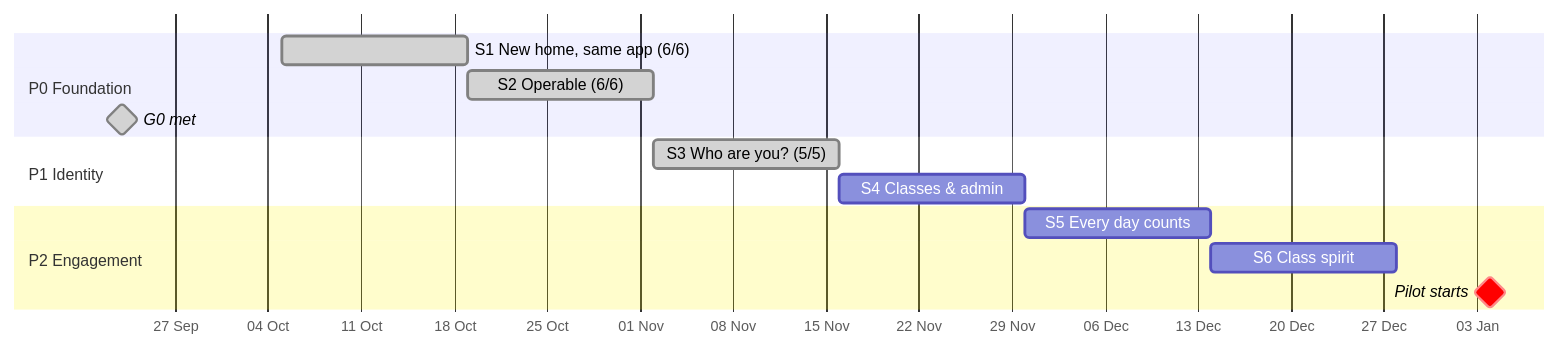
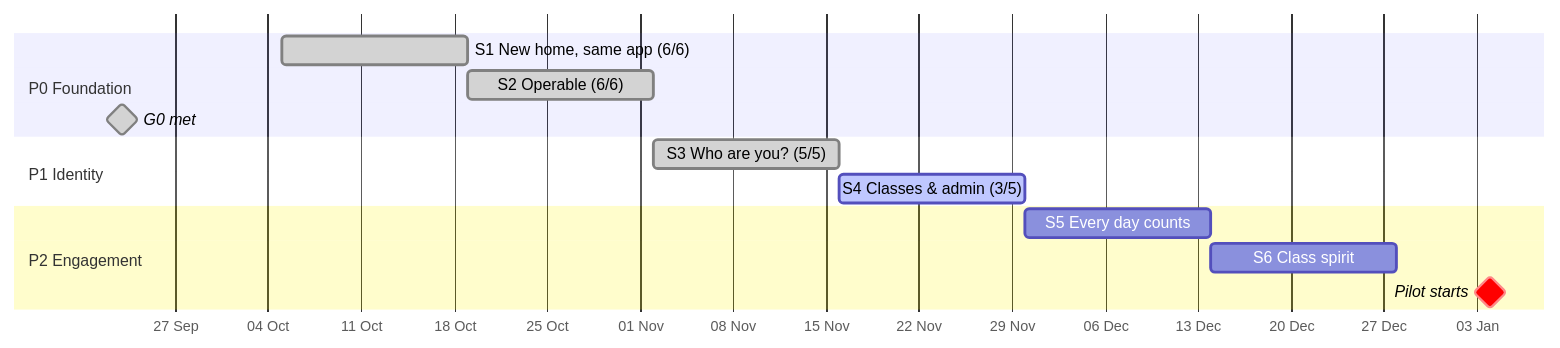
One commit to Sira-Labs/Suffa changed the first of 2 diagrams in docs/plan/sprint-plan.md. Above: the diagram before and after it, drawn with Mermaid. The commit also changed other lines of this file and 2 other files, not shown here.

````diff
--- a/docs/plan/sprint-plan.md
+++ b/docs/plan/sprint-plan.md
@@ -17,17 +17,17 @@
 ```mermaid
 gantt
   dateFormat YYYY-MM-DD
   axisFormat %d %b
   todayMarker on
   section P0 Foundation
   S1 New home, same app (6/6)        :done, s1, 2026-10-05, 14d
   S2 Operable (6/6)                  :done, s2, after s1, 14d
   G0 met                             :milestone, done, g0, 2026-09-23, 0d
   section P1 Identity
   S3 Who are you? (5/5)              :done, s3, after s2, 14d
-  S4 Classes & admin                 :s4, after s3, 14d
+  S4 Classes & admin (3/5)          :active, s4, after s3, 14d
   section P2 Engagement
   S5 Every day counts               :s5, after s4, 14d
   S6 Class spirit                    :s6, after s5, 14d
   Pilot starts                       :milestone, crit, pilot, 2027-01-04, 0d
 ```
````
